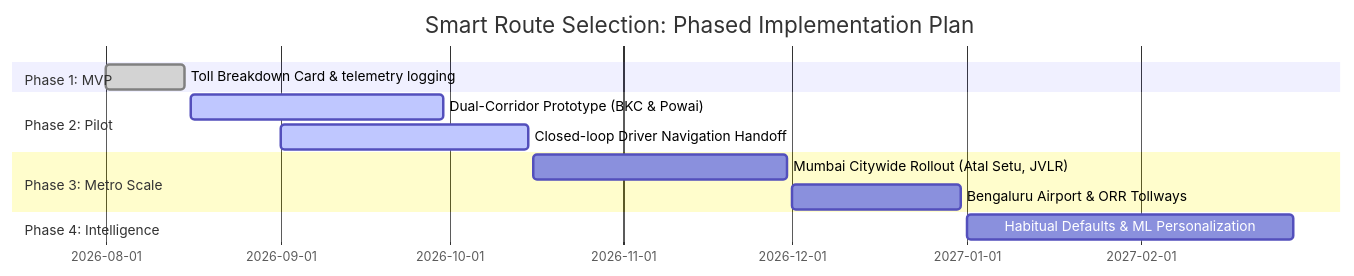
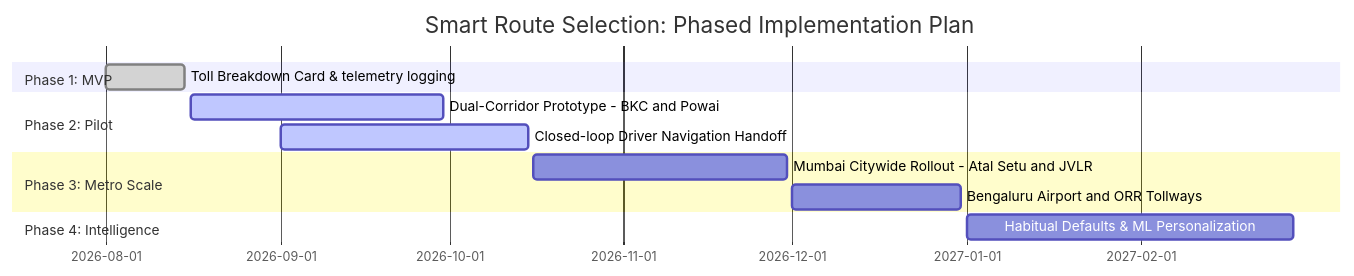
One commit to jaiviksedsvit-coder/uber-india-smart-route-selection changed the diagram in docs/01_product_spec/PRD.md. Above: the diagram before and after it, drawn with Mermaid. The commit also changed 3 other files, not shown here.

Commit message:
fix(docs): resolve Mermaid syntax parsing errors across sequence and journey diagrams

````diff
--- a/docs/01_product_spec/PRD.md
+++ b/docs/01_product_spec/PRD.md
@@ -150,15 +150,15 @@
 ```mermaid
 gantt
     title Smart Route Selection: Phased Implementation Plan
     dateFormat  YYYY-MM-DD
     section Phase 1: MVP
     Toll Breakdown Card & telemetry logging :done, 2026-08-01, 2026-08-15
     section Phase 2: Pilot
-    Dual-Corridor Prototype (BKC & Powai)  :active, 2026-08-16, 2026-09-30
+    Dual-Corridor Prototype - BKC and Powai  :active, 2026-08-16, 2026-09-30
     Closed-loop Driver Navigation Handoff   :active, 2026-09-01, 2026-10-15
     section Phase 3: Metro Scale
-    Mumbai Citywide Rollout (Atal Setu, JVLR): 2026-10-16, 2026-11-30
-    Bengaluru Airport & ORR Tollways        : 2026-12-01, 2026-12-31
+    Mumbai Citywide Rollout - Atal Setu and JVLR: 2026-10-16, 2026-11-30
+    Bengaluru Airport and ORR Tollways      : 2026-12-01, 2026-12-31
     section Phase 4: Intelligence
     Habitual Defaults & ML Personalization   : 2027-01-01, 2027-02-28
 ```
````
